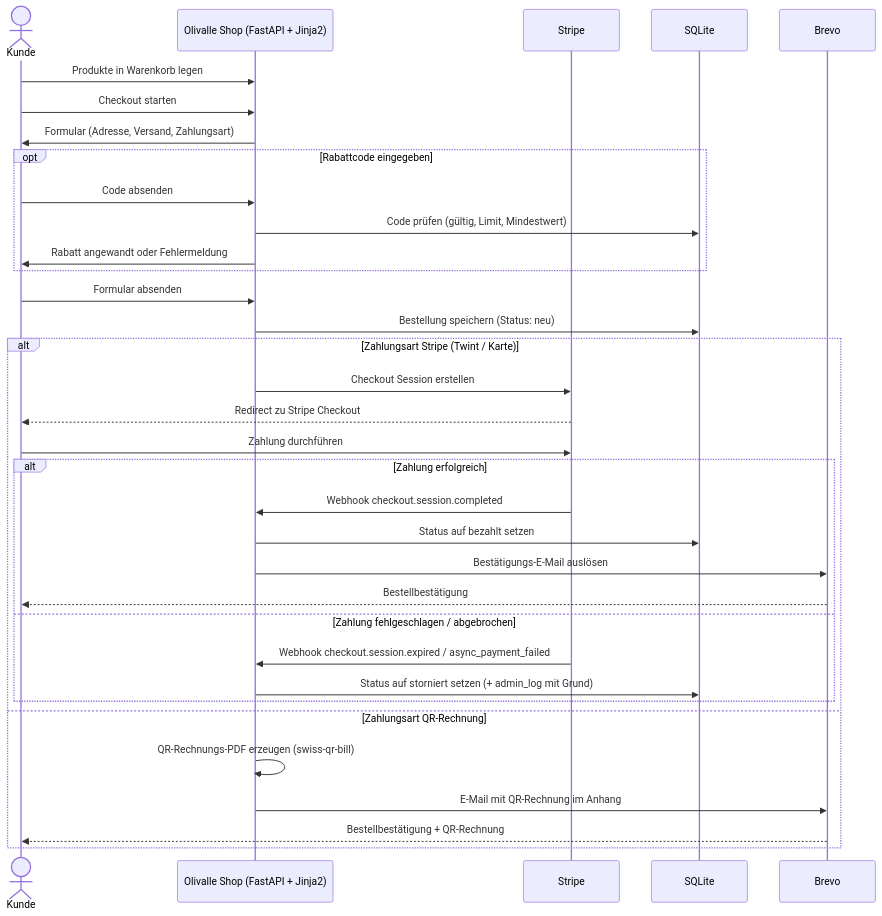
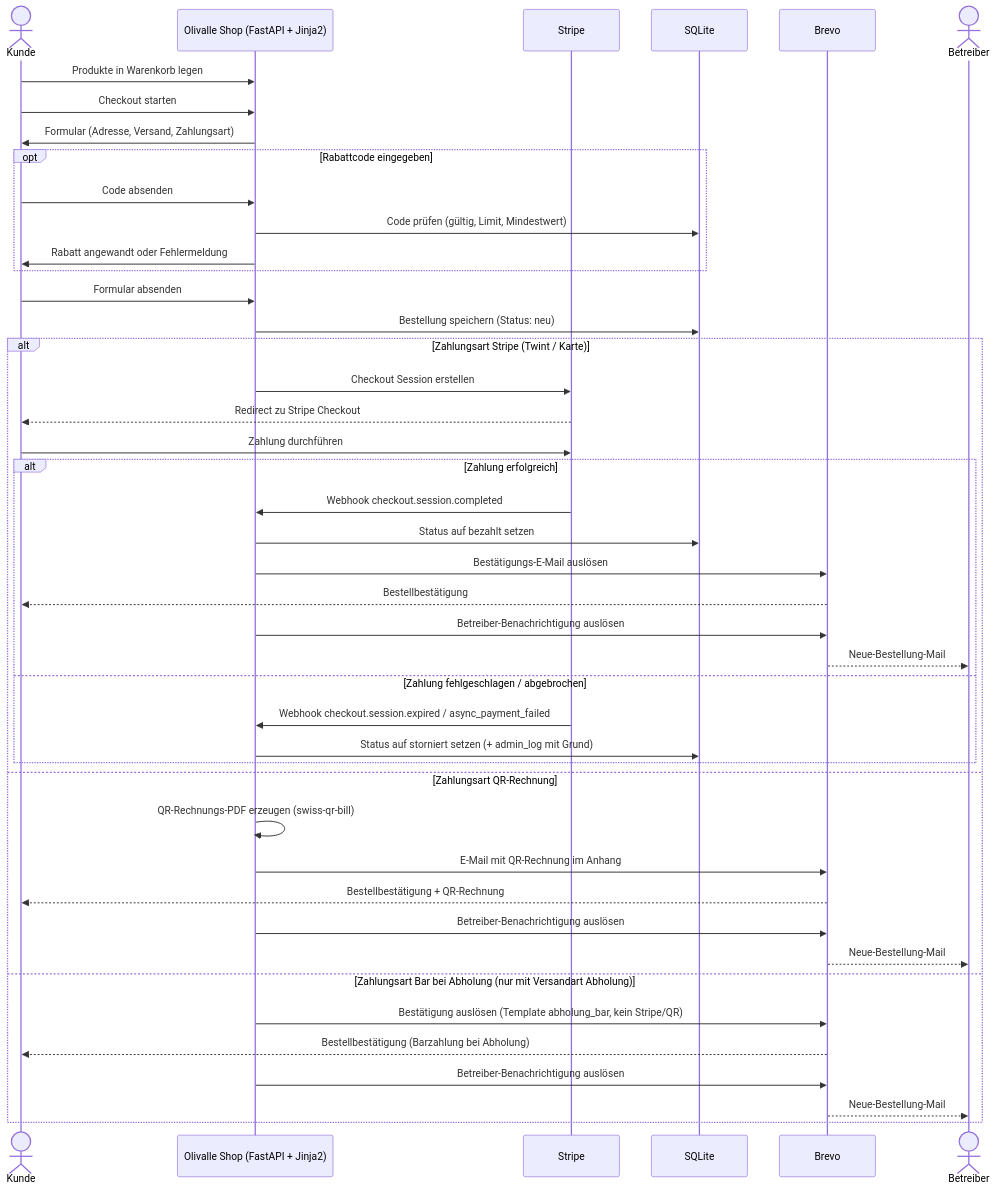
One commit to konstantinniedermann/olivalle-webshop changed the first of 2 diagrams in docs/bestellprozess.md. Above: the diagram before and after it, drawn with Mermaid. The commit also changed other lines of this file and 1 other file, not shown here.

Commit message:
docs: dritten Zahlweg abholung_bar + Betreiber-Benachrichtigung dokumentieren (#154)
Das Bestellprozess-Diagramm beschrieb nur zwei Zahlwege und nur die
Kundenmail. Code kennt zusaetzlich abholung_bar (bestellungen.py:261,
nur bei Abholung, eigenes Template) und verschickt bei jeder Bestellung
eine Stakeholder-Mail (webhooks.py:90, email_service.py). Diagramm um
dritten alt-Zweig + Betreiber-Akteur ergaenzt, Fliesstext und arc42 §7
(Mailvolumen: zwei Mails/Bestellung) nachgezogen.

Closes #154

````diff
--- a/docs/bestellprozess.md
+++ b/docs/bestellprozess.md
@@ -7,38 +7,48 @@
 ```mermaid
 sequenceDiagram
     actor Kunde
     participant Shop as Olivalle Shop (FastAPI + Jinja2)
     participant Stripe
     participant DB as SQLite
     participant Brevo
+    actor Betreiber
 
     Kunde->>Shop: Produkte in Warenkorb legen
     Kunde->>Shop: Checkout starten
     Shop->>Kunde: Formular (Adresse, Versand, Zahlungsart)
     opt Rabattcode eingegeben
         Kunde->>Shop: Code absenden
         Shop->>DB: Code prüfen (gültig, Limit, Mindestwert)
         Shop->>Kunde: Rabatt angewandt oder Fehlermeldung
     end
     Kunde->>Shop: Formular absenden
     Shop->>DB: Bestellung speichern (Status: neu)
 
     alt Zahlungsart Stripe (Twint / Karte)
         Shop->>Stripe: Checkout Session erstellen
         Stripe-->>Kunde: Redirect zu Stripe Checkout
         Kunde->>Stripe: Zahlung durchführen
         alt Zahlung erfolgreich
             Stripe->>Shop: Webhook checkout.session.completed
             Shop->>DB: Status auf bezahlt setzen
             Shop->>Brevo: Bestätigungs-E-Mail auslösen
             Brevo-->>Kunde: Bestellbestätigung
+            Shop->>Brevo: Betreiber-Benachrichtigung auslösen
+            Brevo-->>Betreiber: Neue-Bestellung-Mail
         else Zahlung fehlgeschlagen / abgebrochen
             Stripe->>Shop: Webhook checkout.session.expired / async_payment_failed
             Shop->>DB: Status auf storniert setzen (+ admin_log mit Grund)
         end
     else Zahlungsart QR-Rechnung
         Shop->>Shop: QR-Rechnungs-PDF erzeugen (swiss-qr-bill)
         Shop->>Brevo: E-Mail mit QR-Rechnung im Anhang
         Brevo-->>Kunde: Bestellbestätigung + QR-Rechnung
+        Shop->>Brevo: Betreiber-Benachrichtigung auslösen
+        Brevo-->>Betreiber: Neue-Bestellung-Mail
+    else Zahlungsart Bar bei Abholung (nur mit Versandart Abholung)
+        Shop->>Brevo: Bestätigung auslösen (Template abholung_bar, kein Stripe/QR)
+        Brevo-->>Kunde: Bestellbestätigung (Barzahlung bei Abholung)
+        Shop->>Brevo: Betreiber-Benachrichtigung auslösen
+        Brevo-->>Betreiber: Neue-Bestellung-Mail
     end
 ```
````
